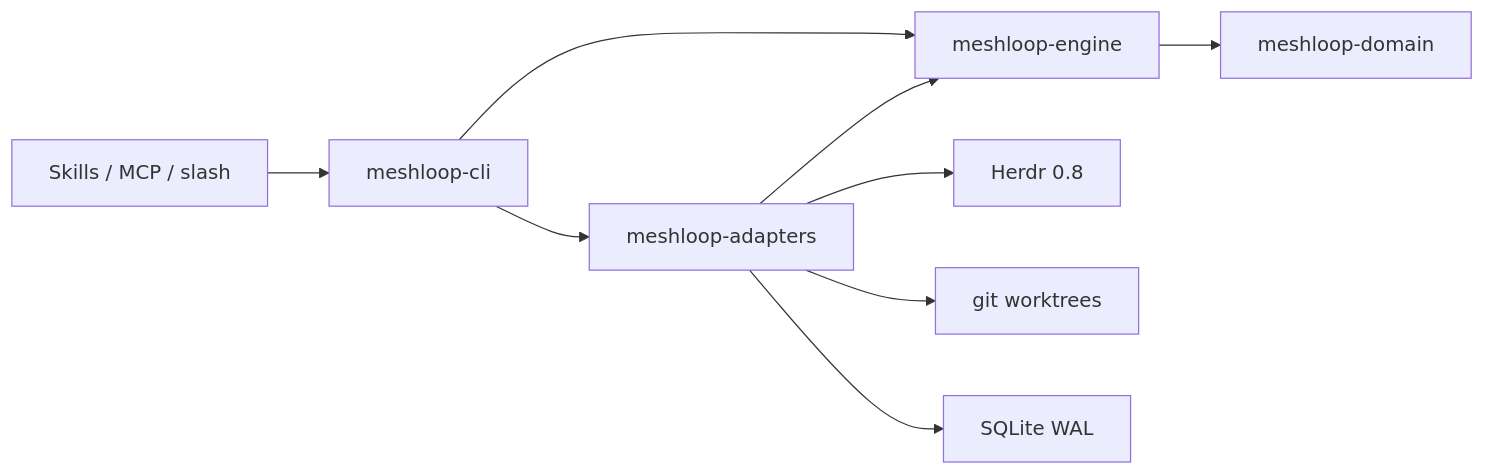
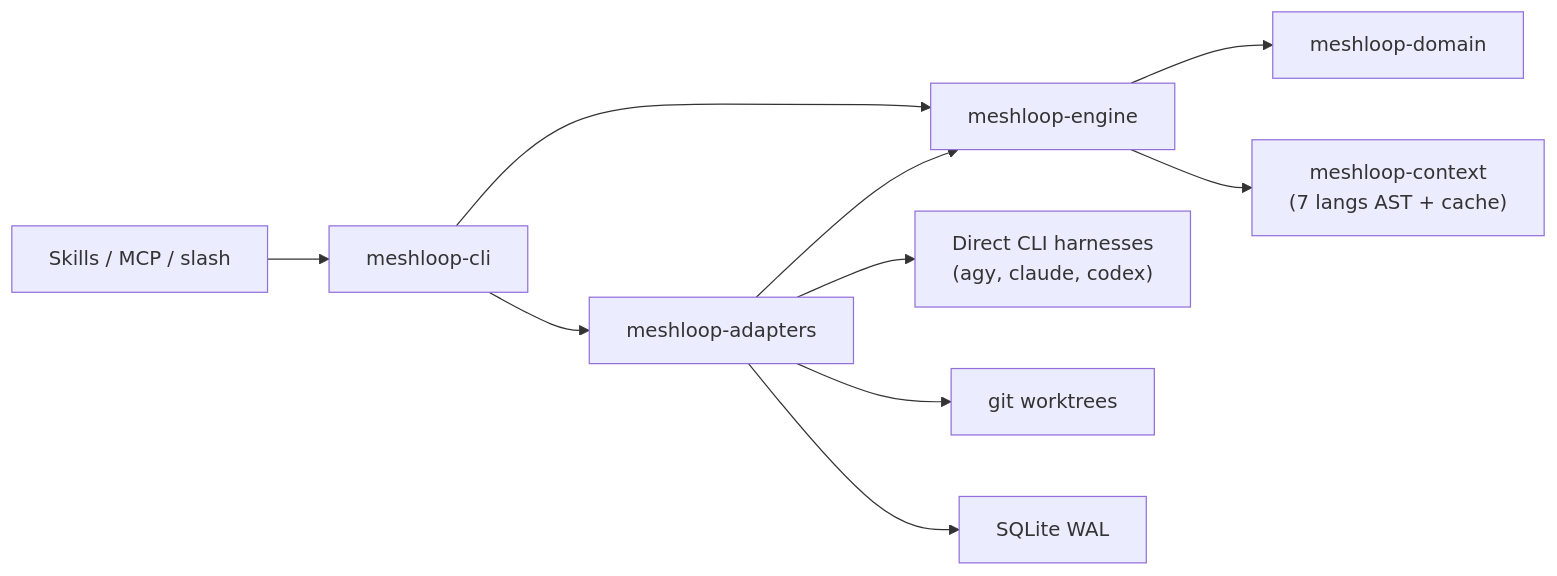
Before and after one commit to smota/meshloop: the first of 2 diagrams in docs/architecture/overview.md, drawn with Mermaid. The commit also changed other lines of this file and 31 other files, not shown here.

````diff
--- a/docs/architecture/overview.md
+++ b/docs/architecture/overview.md
@@ -22,11 +23,12 @@
 ```mermaid
 flowchart LR
   Skills["Skills / MCP / slash"] --> CLI["meshloop-cli"]
   CLI --> Engine["meshloop-engine"]
   Engine --> Domain["meshloop-domain"]
+  Engine --> Context["meshloop-context\n(7 langs AST + cache)"]
   CLI --> Adapters["meshloop-adapters"]
   Adapters --> Engine
-  Adapters --> Herdr["Herdr 0.8"]
+  Adapters --> Harness["Direct CLI harnesses\n(agy, claude, codex)"]
   Adapters --> Git["git worktrees"]
   Adapters --> SQLite["SQLite WAL"]
 ```
````
